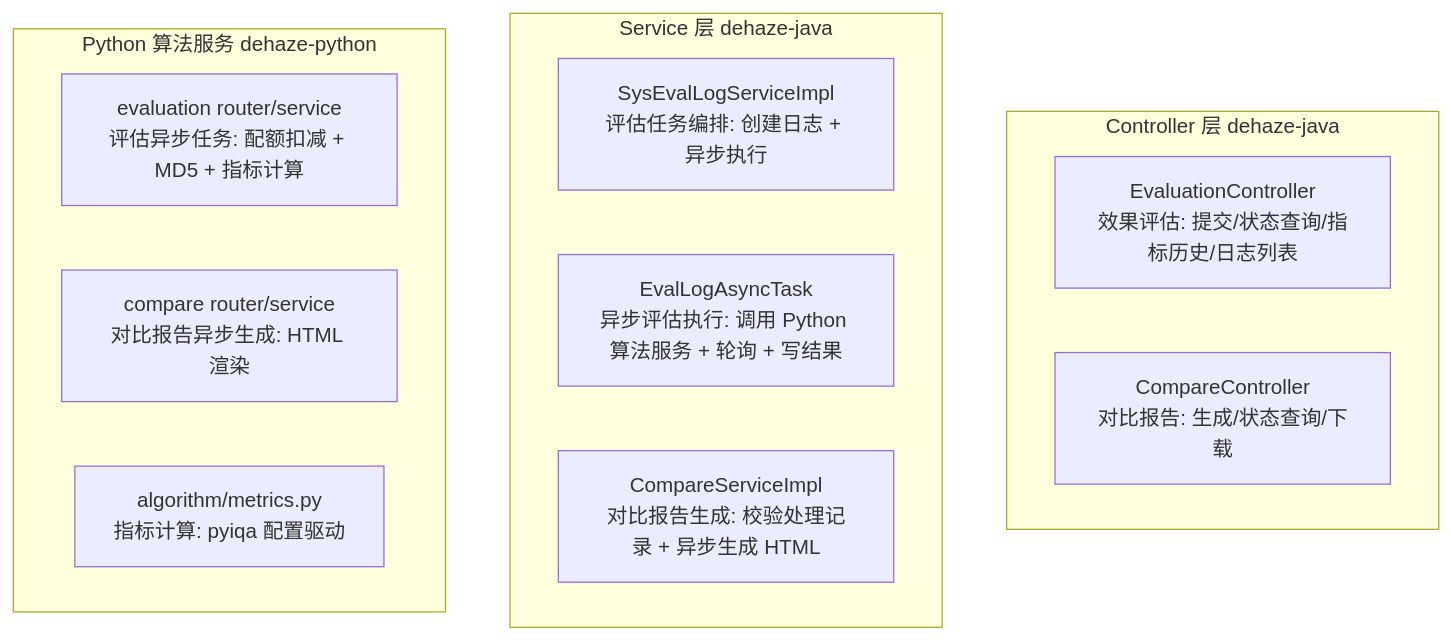
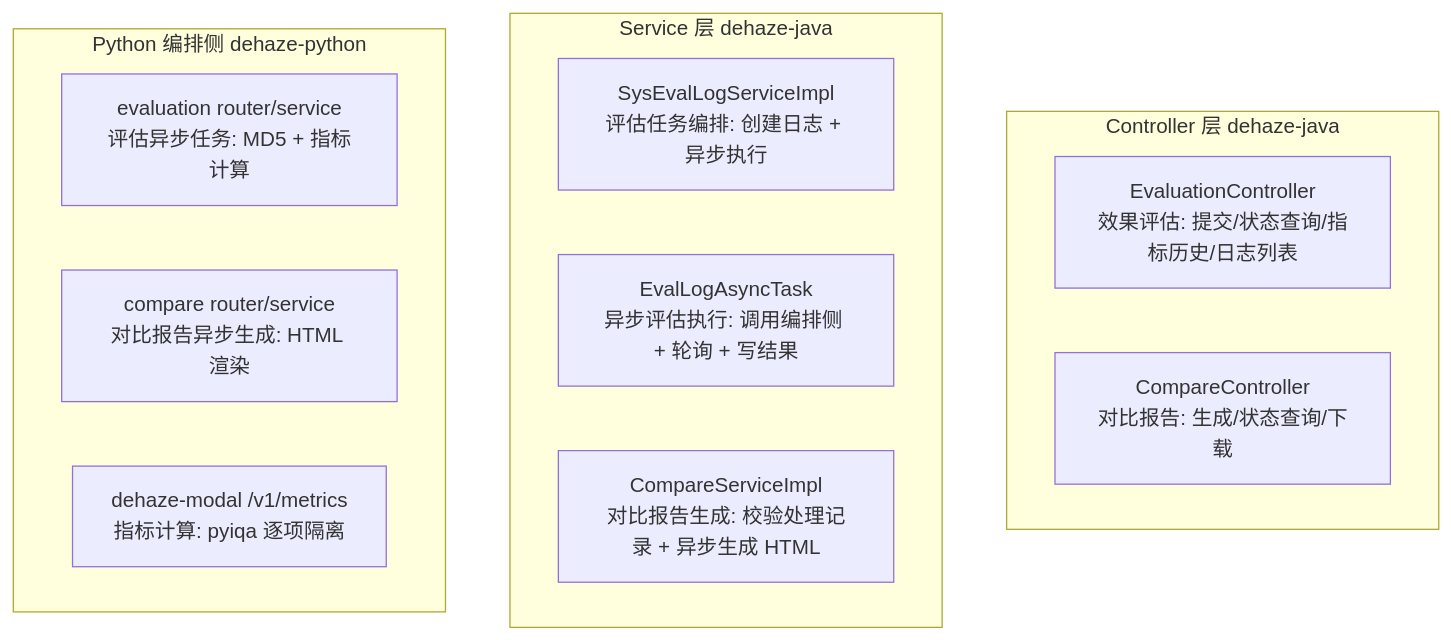
Before and after one commit to earthy-zinc/dehaze-system: the diagram in dehaze-doc/docs/03-模块设计/核心模块/效果对比/后端实现.md, drawn with Mermaid. The commit also changed other lines of this file and 239 other files, not shown here.

````diff
--- a/dehaze-doc/docs/03-模块设计/核心模块/效果对比/后端实现.md
+++ b/dehaze-doc/docs/03-模块设计/核心模块/效果对比/后端实现.md
@@ -15,17 +15,17 @@
 ```mermaid
 flowchart TD
     subgraph Controller[Controller 层 dehaze-java]
         A1[EvaluationController<br/>效果评估: 提交/状态查询/指标历史/日志列表]
         A2[CompareController<br/>对比报告: 生成/状态查询/下载]
     end
     subgraph Service[Service 层 dehaze-java]
         B1[SysEvalLogServiceImpl<br/>评估任务编排: 创建日志 + 异步执行]
-        B2[EvalLogAsyncTask<br/>异步评估执行: 调用 Python 算法服务 + 轮询 + 写结果]
+        B2[EvalLogAsyncTask<br/>异步评估执行: 调用编排侧 + 轮询 + 写结果]
         B3[CompareServiceImpl<br/>对比报告生成: 校验处理记录 + 异步生成 HTML]
     end
-    subgraph Python[Python 算法服务 dehaze-python]
-        C1[evaluation router/service<br/>评估异步任务: 配额扣减 + MD5 + 指标计算]
+    subgraph Python[Python 编排侧 dehaze-python]
+        C1[evaluation router/service<br/>评估异步任务: MD5 + 指标计算]
         C2[compare router/service<br/>对比报告异步生成: HTML 渲染]
-        C3[algorithm/metrics.py<br/>指标计算: pyiqa 配置驱动]
+        C3[dehaze-modal /v1/metrics<br/>指标计算: pyiqa 逐项隔离]
     end
 ```
````
